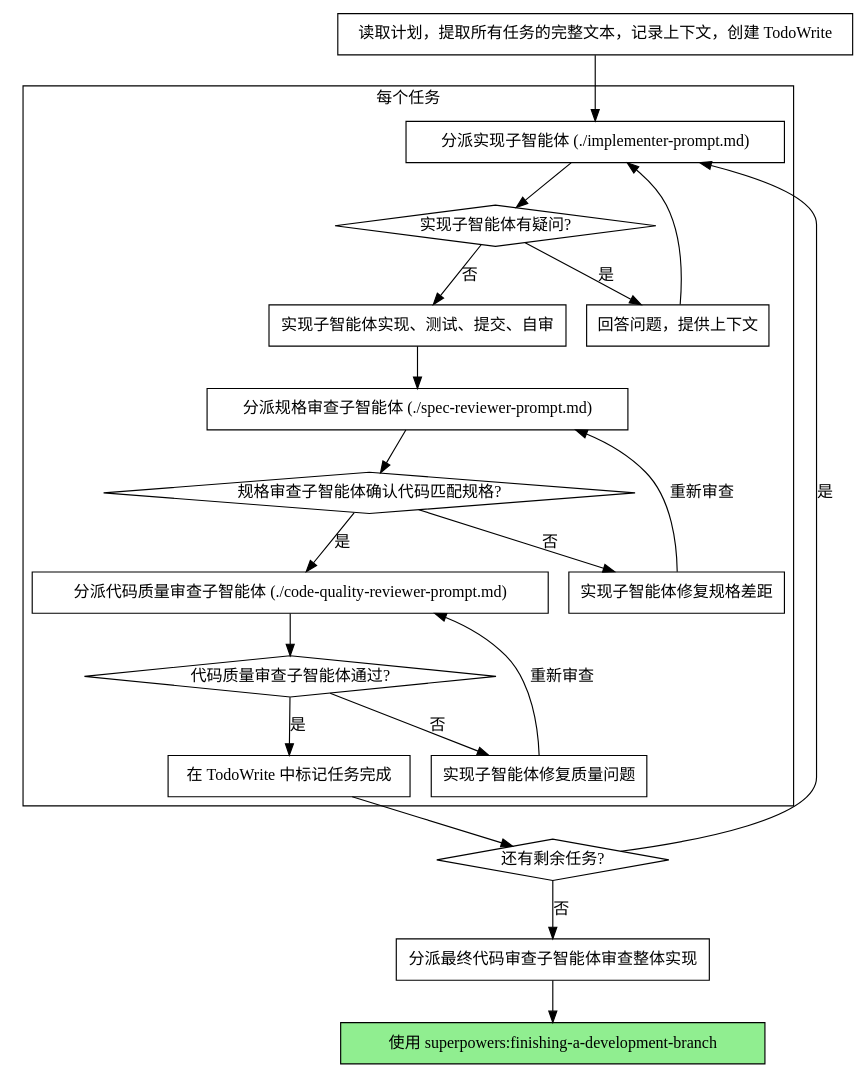
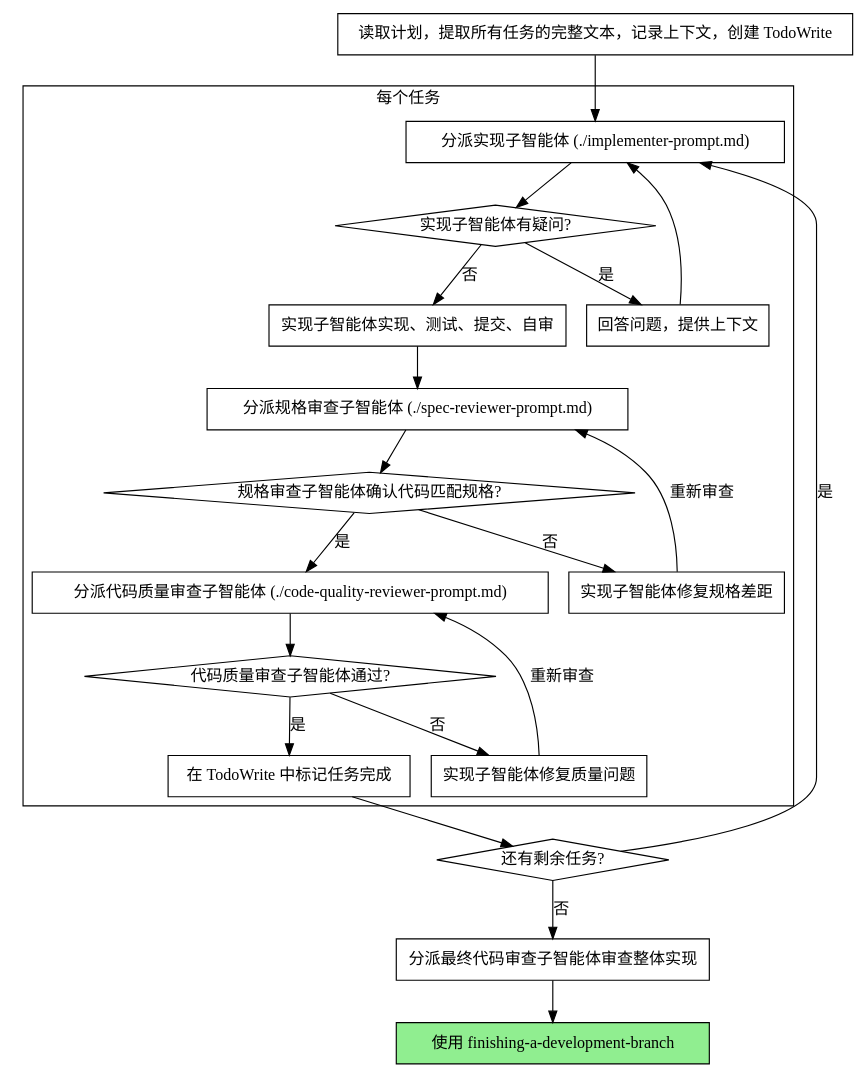
The second of 2 diagrams in skills/subagent-driven-development/SKILL.md (jovetickop/Animus), drawn with Graphviz before and after one commit. The commit also changed other lines of this file and 28 other files, not shown here.

````diff
--- a/skills/subagent-driven-development/SKILL.md
+++ b/skills/subagent-driven-development/SKILL.md
@@ -47,44 +47,44 @@
 ```dot
 digraph process {
     rankdir=TB;
 
     subgraph cluster_per_task {
         label="每个任务";
         "分派实现子智能体 (./implementer-prompt.md)" [shape=box];
         "实现子智能体有疑问?" [shape=diamond];
         "回答问题，提供上下文" [shape=box];
         "实现子智能体实现、测试、提交、自审" [shape=box];
         "分派规格审查子智能体 (./spec-reviewer-prompt.md)" [shape=box];
         "规格审查子智能体确认代码匹配规格?" [shape=diamond];
         "实现子智能体修复规格差距" [shape=box];
         "分派代码质量审查子智能体 (./code-quality-reviewer-prompt.md)" [shape=box];
         "代码质量审查子智能体通过?" [shape=diamond];
         "实现子智能体修复质量问题" [shape=box];
         "在 TodoWrite 中标记任务完成" [shape=box];
     }
 
     "读取计划，提取所有任务的完整文本，记录上下文，创建 TodoWrite" [shape=box];
     "还有剩余任务?" [shape=diamond];
     "分派最终代码审查子智能体审查整体实现" [shape=box];
-    "使用 superpowers:finishing-a-development-branch" [shape=box style=filled fillcolor=lightgreen];
+    "使用 finishing-a-development-branch" [shape=box style=filled fillcolor=lightgreen];
 
     "读取计划，提取所有任务的完整文本，记录上下文，创建 TodoWrite" -> "分派实现子智能体 (./implementer-prompt.md)";
     "分派实现子智能体 (./implementer-prompt.md)" -> "实现子智能体有疑问?";
     "实现子智能体有疑问?" -> "回答问题，提供上下文" [label="是"];
     "回答问题，提供上下文" -> "分派实现子智能体 (./implementer-prompt.md)";
     "实现子智能体有疑问?" -> "实现子智能体实现、测试、提交、自审" [label="否"];
     "实现子智能体实现、测试、提交、自审" -> "分派规格审查子智能体 (./spec-reviewer-prompt.md)";
     "分派规格审查子智能体 (./spec-reviewer-prompt.md)" -> "规格审查子智能体确认代码匹配规格?";
     "规格审查子智能体确认代码匹配规格?" -> "实现子智能体修复规格差距" [label="否"];
     "实现子智能体修复规格差距" -> "分派规格审查子智能体 (./spec-reviewer-prompt.md)" [label="重新审查"];
     "规格审查子智能体确认代码匹配规格?" -> "分派代码质量审查子智能体 (./code-quality-reviewer-prompt.md)" [label="是"];
     "分派代码质量审查子智能体 (./code-quality-reviewer-prompt.md)" -> "代码质量审查子智能体通过?";
     "代码质量审查子智能体通过?" -> "实现子智能体修复质量问题" [label="否"];
     "实现子智能体修复质量问题" -> "分派代码质量审查子智能体 (./code-quality-reviewer-prompt.md)" [label="重新审查"];
     "代码质量审查子智能体通过?" -> "在 TodoWrite 中标记任务完成" [label="是"];
     "在 TodoWrite 中标记任务完成" -> "还有剩余任务?";
     "还有剩余任务?" -> "分派实现子智能体 (./implementer-prompt.md)" [label="是"];
     "还有剩余任务?" -> "分派最终代码审查子智能体审查整体实现" [label="否"];
-    "分派最终代码审查子智能体审查整体实现" -> "使用 superpowers:finishing-a-development-branch";
+    "分派最终代码审查子智能体审查整体实现" -> "使用 finishing-a-development-branch";
 }
 ```
````
